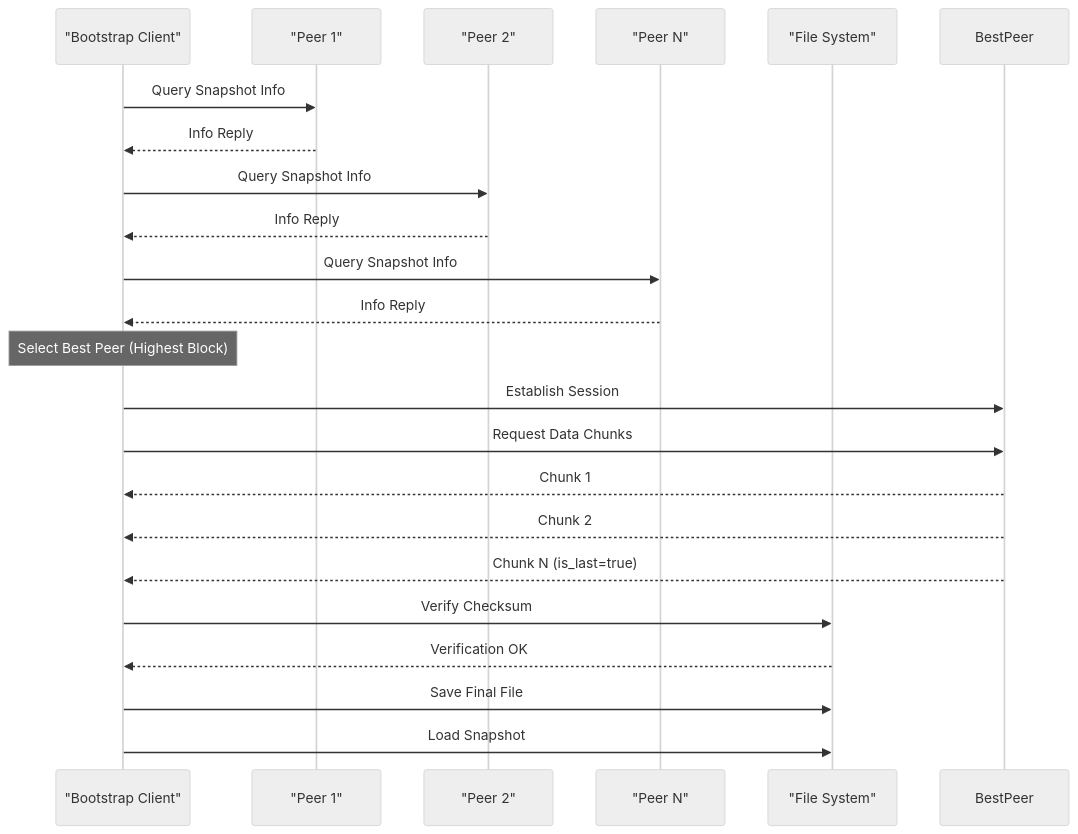
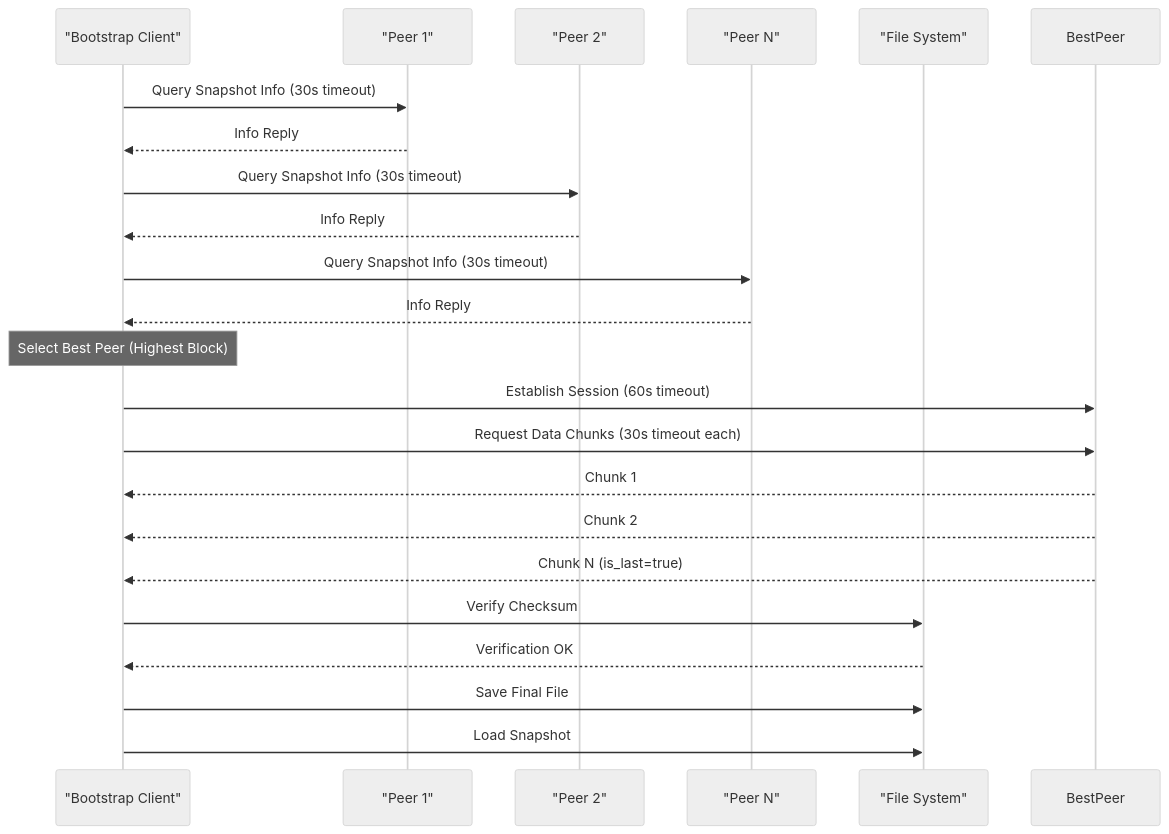
The eighth of 26 diagrams in .qoder/repowiki/en/content/Plugin System/Snapshot Plugin System.md (VIZ-Blockchain/viz-cpp-node), drawn with Mermaid (neutral theme) before and after one commit. The commit also changed other lines of this file and 4 other files, not shown here.

````diff
--- a/.qoder/repowiki/en/content/Plugin System/Snapshot Plugin System.md
+++ b/.qoder/repowiki/en/content/Plugin System/Snapshot Plugin System.md
@@ -403,24 +427,24 @@
 ```mermaid
 sequenceDiagram
 participant Client as "Bootstrap Client"
 participant Peer1 as "Peer 1"
 participant Peer2 as "Peer 2"
 participant PeerN as "Peer N"
 participant FS as "File System"
-Client->>Peer1 : Query Snapshot Info
+Client->>Peer1 : Query Snapshot Info (30s timeout)
 Peer1-->>Client : Info Reply
-Client->>Peer2 : Query Snapshot Info
+Client->>Peer2 : Query Snapshot Info (30s timeout)
 Peer2-->>Client : Info Reply
-Client->>PeerN : Query Snapshot Info
+Client->>PeerN : Query Snapshot Info (30s timeout)
 PeerN-->>Client : Info Reply
 Note over Client : Select Best Peer (Highest Block)
-Client->>BestPeer : Establish Session
-Client->>BestPeer : Request Data Chunks
+Client->>BestPeer : Establish Session (60s timeout)
+Client->>BestPeer : Request Data Chunks (30s timeout each)
 BestPeer-->>Client : Chunk 1
 BestPeer-->>Client : Chunk 2
 BestPeer-->>Client : Chunk N (is_last=true)
 Client->>FS : Verify Checksum
 FS-->>Client : Verification OK
 Client->>FS : Save Final File
 Client->>FS : Load Snapshot
 ```
````
